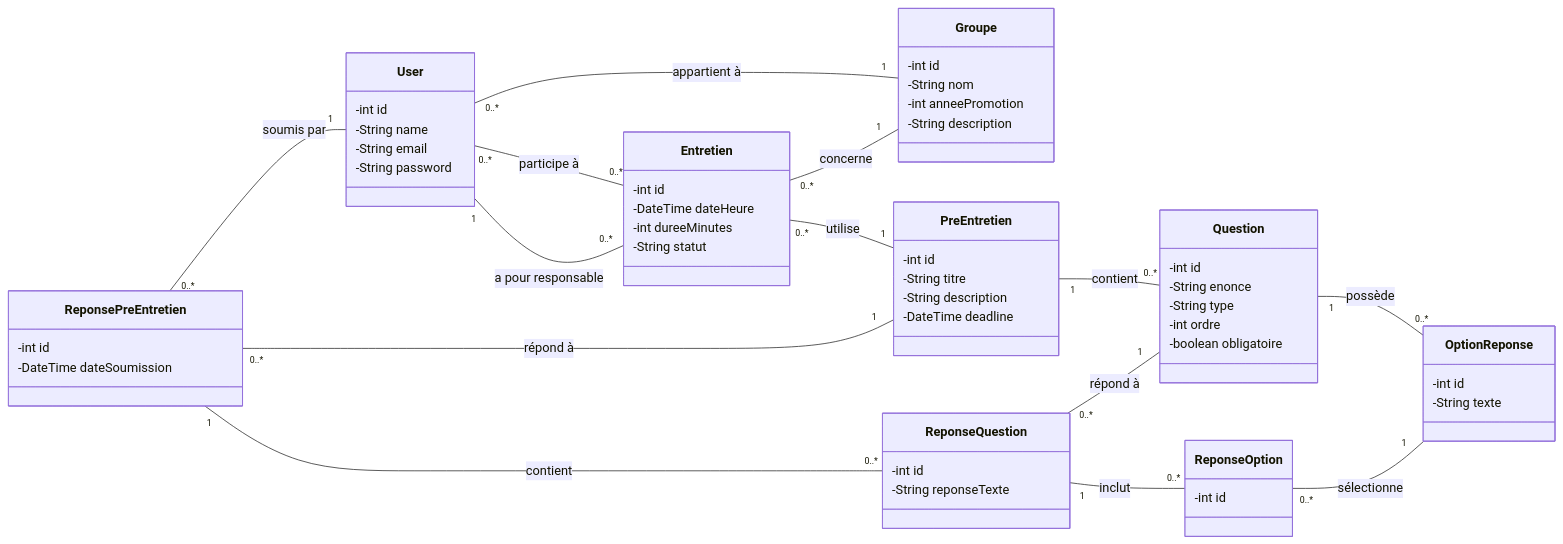
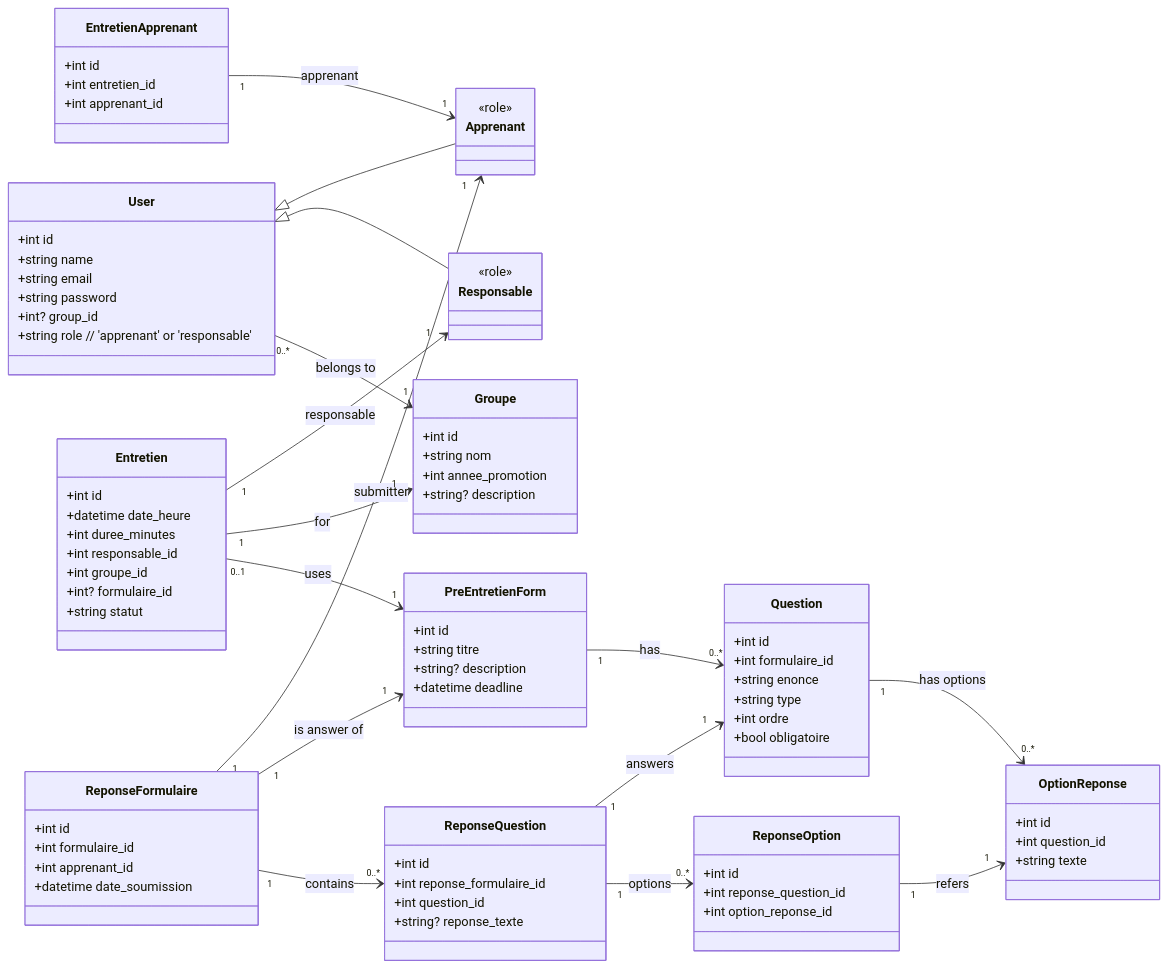
The diagram in Branche Technique/Conception/Diagram_Class.mmd (bardichoussama/FileRouge), drawn with Mermaid before and after one commit.

```diff
--- a/Branche Technique/Conception/Diagram_Class.mmd
+++ b/Branche Technique/Conception/Diagram_Class.mmd
@@ -1,63 +1,104 @@
 classDiagram
     direction LR
-    %% ===== CORE CLASSES =====
+
     class User {
-        -int id
-        -String name
-        -String email
-        -String password
+        +int id
+        +string name
+        +string email
+        +string password
+        +int? group_id
+        +string role  // 'apprenant' or 'responsable'
     }
+
+    class Apprenant {
+        <<role>>
+    }
+
+    class Responsable {
+        <<role>>
+    }
+
+    User <|-- Apprenant
+    User <|-- Responsable
+
     class Groupe {
-        -int id
-        -String nom
-        -int anneePromotion
-        -String description
+        +int id
+        +string nom
+        +int annee_promotion
+        +string? description
     }
-    class PreEntretien {
-        -int id
-        -String titre
-        -String description
-        -DateTime deadline
+
+    class PreEntretienForm {
+        +int id
+        +string titre
+        +string? description
+        +datetime deadline
     }
+
     class Question {
-        -int id
-        -String enonce
-        -String type
-        -int ordre
-        -boolean obligatoire
+        +int id
+        +int formulaire_id
+        +string enonce
+        +string type
+        +int ordre
+        +bool obligatoire
     }
+
     class OptionReponse {
-        -int id
-        -String texte
+        +int id
+        +int question_id
+        +string texte
     }
+
     class Entretien {
-        -int id
-        -DateTime dateHeure
-        -int dureeMinutes
-        -String statut
+        +int id
+        +datetime date_heure
+        +int duree_minutes
+        +int responsable_id
+        +int groupe_id
+        +int? formulaire_id
+        +string statut
     }
-    class ReponsePreEntretien {
-        -int id
-        -DateTime dateSoumission
+
+    class EntretienApprenant {
+        +int id
+        +int entretien_id
+        +int apprenant_id
     }
+
+    class ReponseFormulaire {
+        +int id
+        +int formulaire_id
+        +int apprenant_id
+        +datetime date_soumission
+    }
+
     class ReponseQuestion {
-        -int id
-        -String reponseTexte
+        +int id
+        +int reponse_formulaire_id
+        +int question_id
+        +string? reponse_texte
     }
+
     class ReponseOption {
-        -int id
+        +int id
+        +int reponse_question_id
+        +int option_reponse_id
     }
-    %% ===== RELATIONSHIPS =====
-    User "0..*" -- "1" Groupe : appartient à
-    Entretien "0..*" -- "1" User : a pour responsable
-    User "0..*" -- "0..*" Entretien : participe à
-    Entretien "0..*" -- "1" Groupe : concerne
-    Entretien "0..*" -- "1" PreEntretien : utilise
-    PreEntretien "1" -- "0..*" Question : contient
-    Question "1" -- "0..*" OptionReponse : possède
-    ReponsePreEntretien "0..*" -- "1" User : soumis par
-    ReponsePreEntretien "0..*" -- "1" PreEntretien : répond à
-    ReponsePreEntretien "1" -- "0..*" ReponseQuestion : contient
-    ReponseQuestion "0..*" -- "1" Question : répond à
-    ReponseQuestion "1" -- "0..*" ReponseOption : inclut
-    ReponseOption "0..*" -- "1" OptionReponse : sélectionne
+
+    %% Relationships
+    User "0..*" --> "1" Groupe : belongs to
+    Entretien "1" --> "1" Responsable : responsable
+    EntretienApprenant "1" --> "1" Apprenant : apprenant
+    ReponseFormulaire "1" --> "1" Apprenant : submitter
+
+    Entretien "1" --> "1" Groupe : for
+    PreEntretienForm "1" --> "0..*" Question : has
+    Entretien "0..1" --> "1" PreEntretienForm : uses
+    ReponseFormulaire "1" --> "1" PreEntretienForm : is answer of
+
+    Question "1" --> "0..*" OptionReponse : has options
+    ReponseFormulaire "1" --> "0..*" ReponseQuestion : contains
+    ReponseQuestion "1" --> "1" Question : answers
+    ReponseQuestion "1" --> "0..*" ReponseOption : options
+    ReponseOption "1" --> "1" OptionReponse : refers
```
